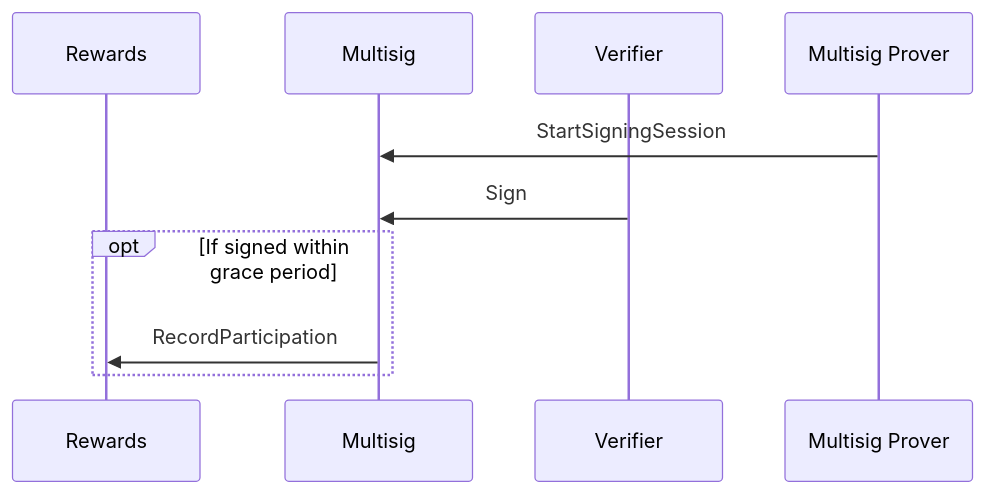
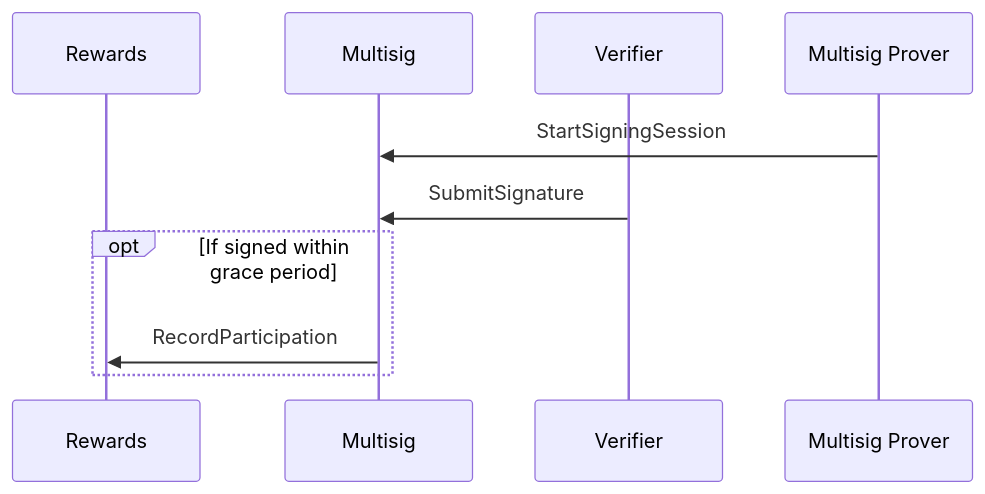
One commit to axelarnetwork/axelar-amplifier changed the third of 3 diagrams in doc/src/contracts/rewards.md. Above: the diagram before and after it, drawn with Mermaid. The commit also changed 6 other files, not shown here.

````diff
--- a/doc/src/contracts/rewards.md
+++ b/doc/src/contracts/rewards.md
@@ -57,14 +57,14 @@
 ```mermaid
 
 sequenceDiagram
 participant Rewards
 participant Multisig
 participant Verifier
 participant Multisig Prover
 
 Multisig Prover ->> Multisig: StartSigningSession
-Verifier ->> Multisig: Sign
+Verifier ->> Multisig: SubmitSignature
 opt If signed within grace period
 Multisig ->> Rewards: RecordParticipation
 end
 ```
````
